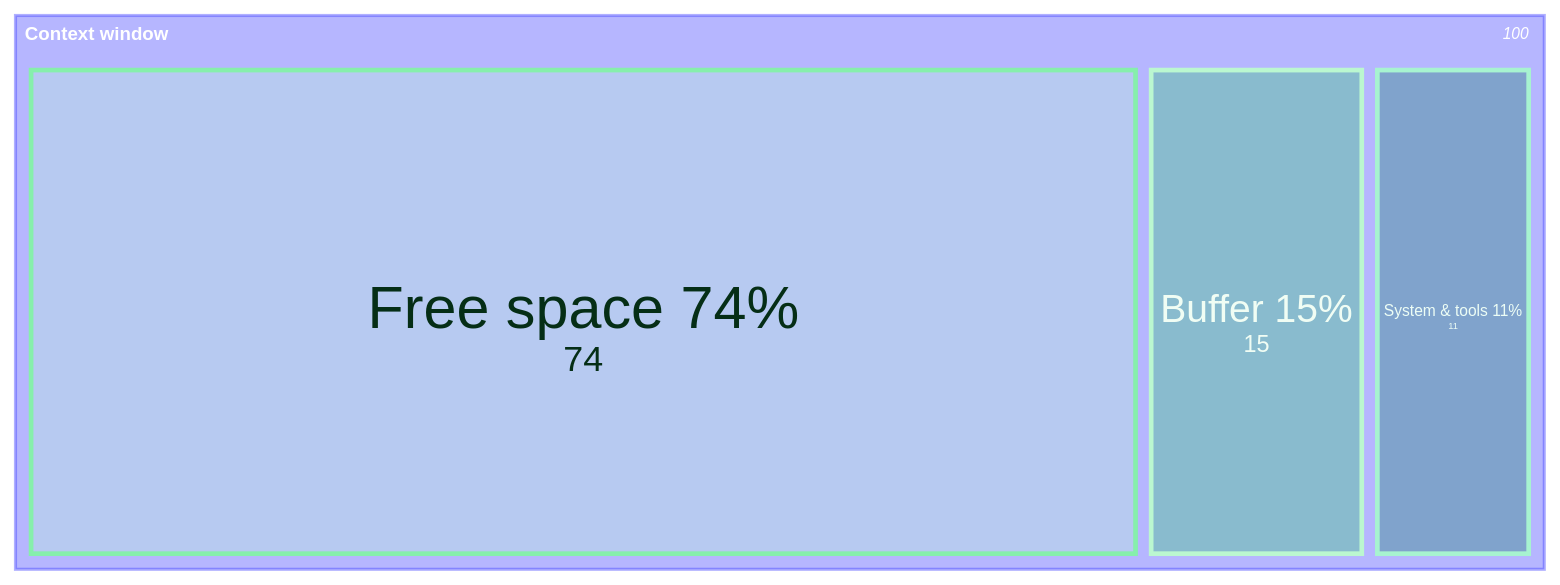
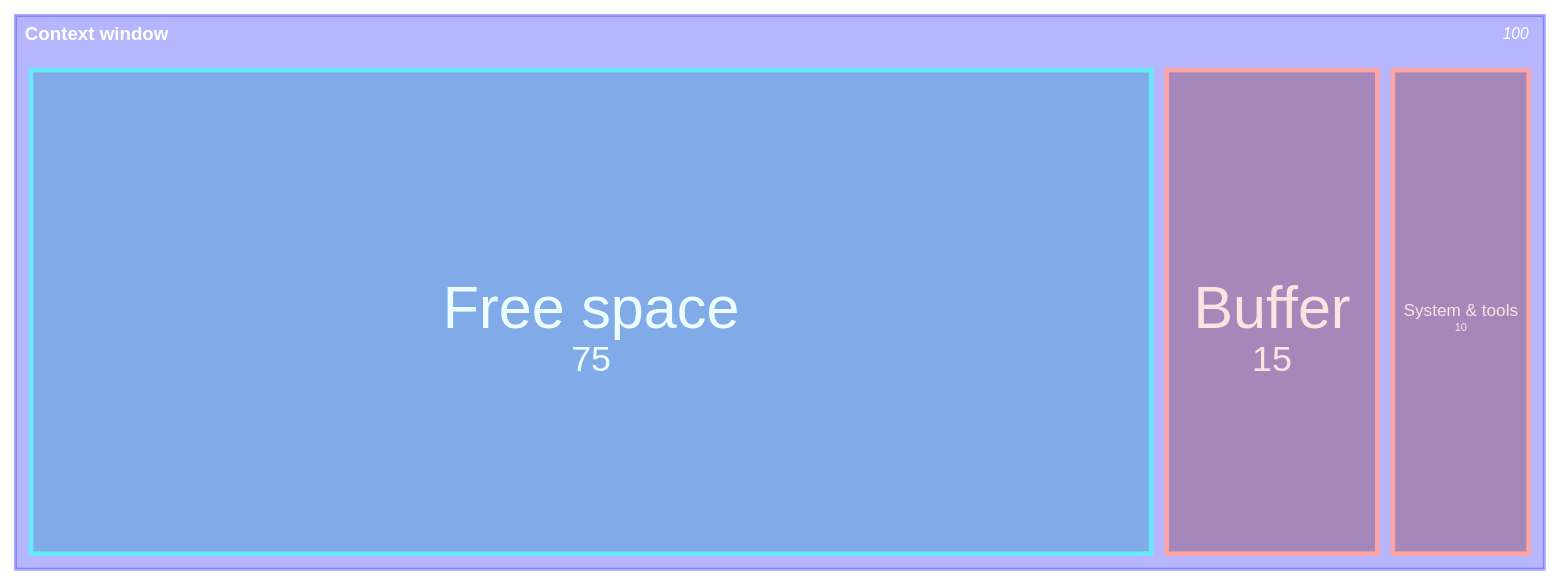
One commit to theomonfort/theomonfort changed the second of 5 diagrams in src/content/glossary/context-engineering.md. Above: the diagram before and after it, drawn with Mermaid. The commit also changed other lines of this file, not shown here.

````diff
--- a/src/content/glossary/context-engineering.md
+++ b/src/content/glossary/context-engineering.md
@@ -56,10 +56,9 @@
 ```mermaid
 treemap-beta
 "Context window"
-  "System & tools 11%": 11:::system
-  "Free space 74%": 74:::free
-  "Buffer 15%": 15:::buffer
-classDef system fill:#047857,stroke:#a7f3d0,color:#ecfdf5
-classDef free fill:#bbf7d0,stroke:#86efac,color:#052e16
-classDef buffer fill:#22c55e,stroke:#bbf7d0,color:#f0fdf4
+  "System & tools": 10:::used
+  "Free space": 75:::free
+  "Buffer": 15:::used
+classDef used fill:#7f1d1d,stroke:#fca5a5,color:#fee2e2
+classDef free fill:#0891b2,stroke:#67e8f9,color:#ecfeff
 ```
````
